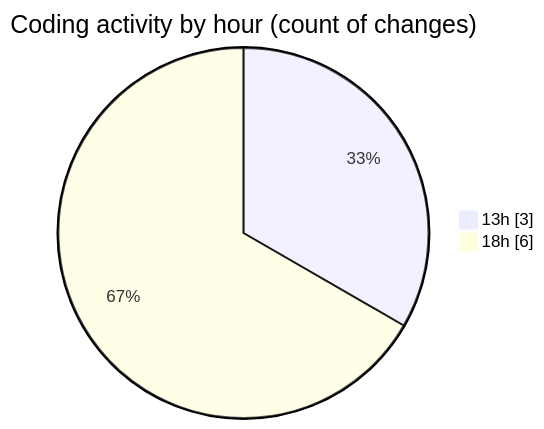
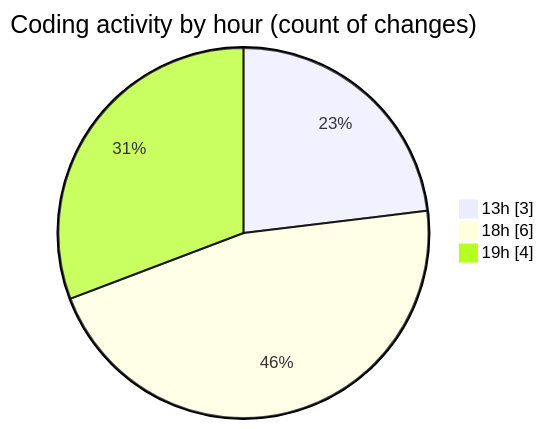
One commit to jrari/code-tracking changed the second of 2 diagrams in 2025-07-16/telebot/README.md. Above: the diagram before and after it, drawn with Mermaid. The commit also changed other lines of this file and 1 other file, not shown here.

````diff
--- a/2025-07-16/telebot/README.md
+++ b/2025-07-16/telebot/README.md
@@ -33,6 +34,7 @@
 ```mermaid
 pie showData
 title Coding activity by hour (count of changes)
 "13h" : 3
 "18h" : 6
+"19h" : 4
 ```
````
